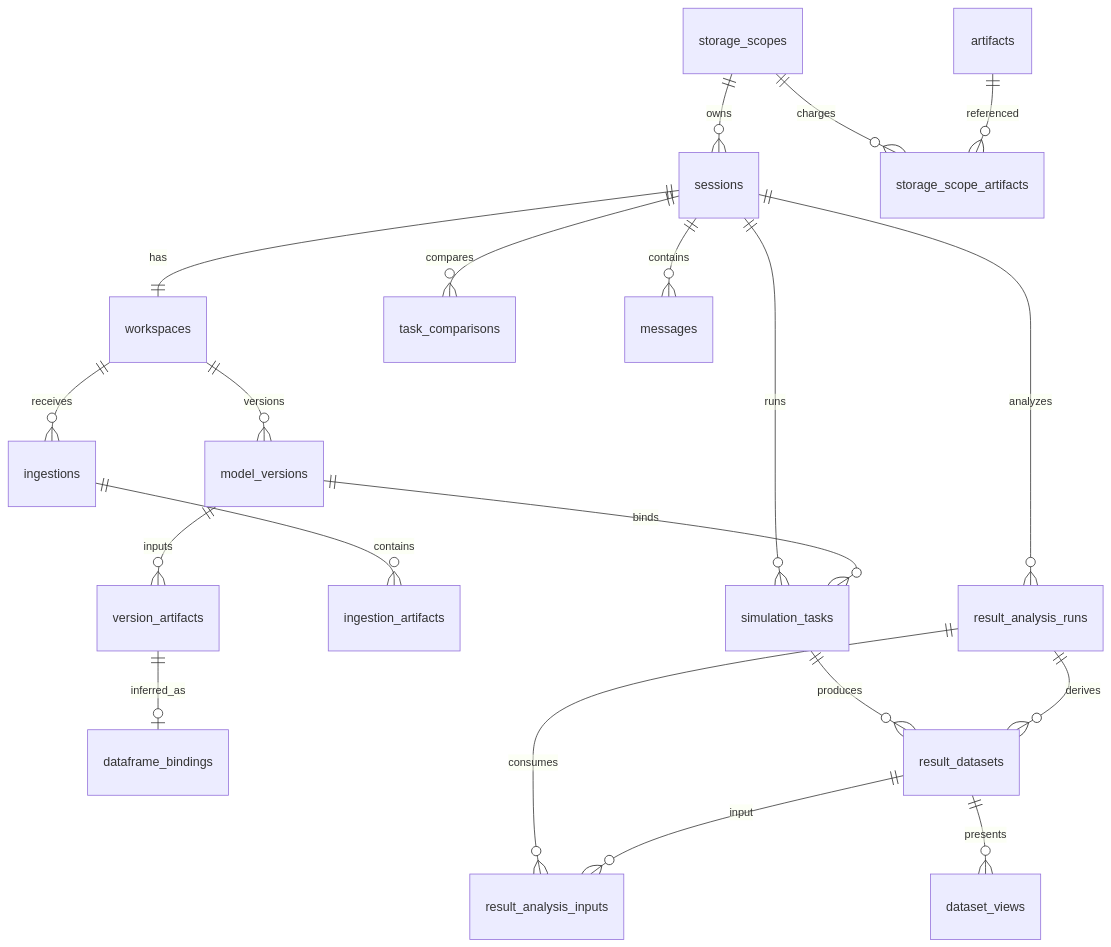
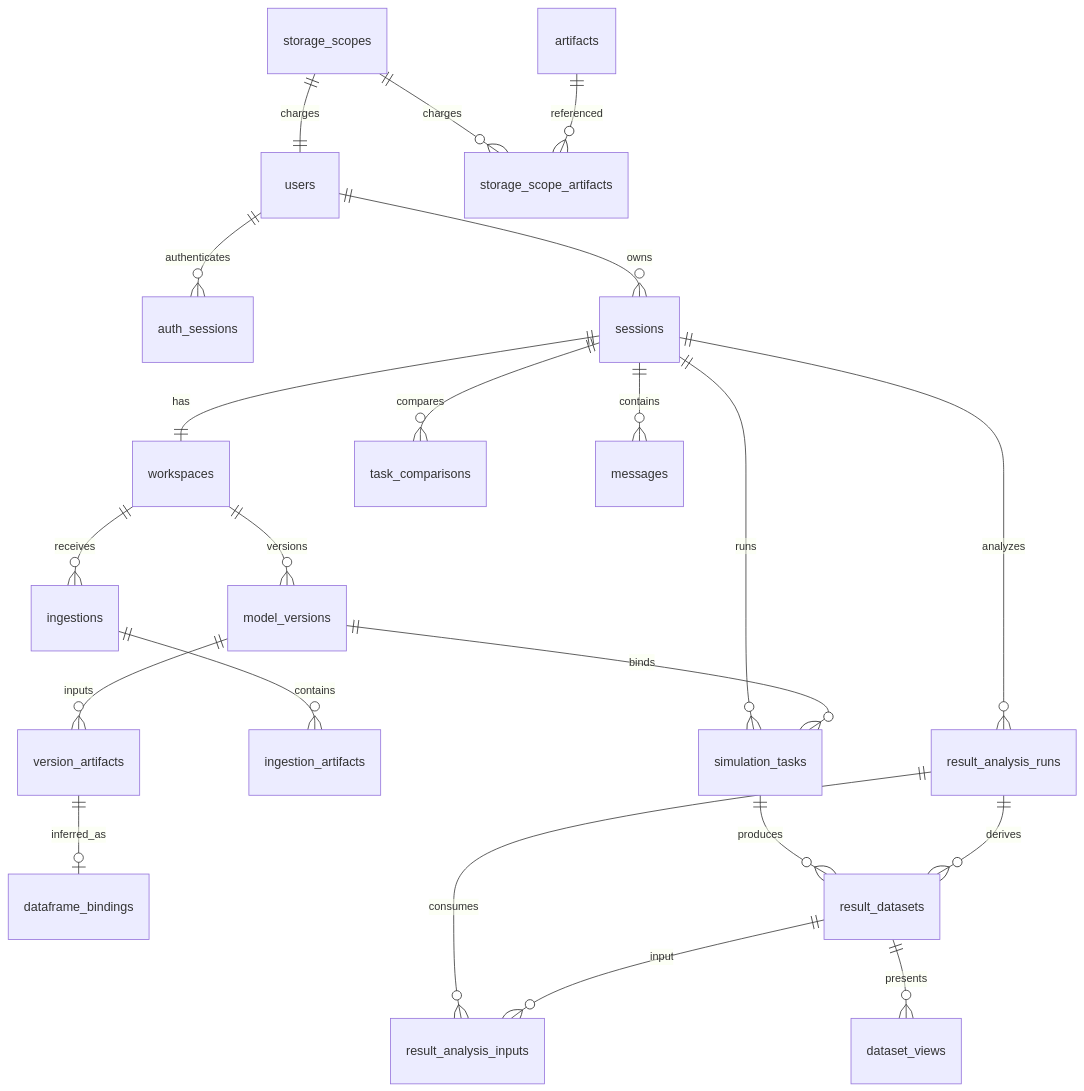
The diagram in docs/db-design.md (shufengdong/zjudss), drawn with Mermaid before and after one commit. The commit also changed other lines of this file and 17 other files, not shown here.

````diff
--- a/docs/db-design.md
+++ b/docs/db-design.md
@@ -16,22 +16,24 @@
 ```mermaid
 erDiagram
-  storage_scopes ||--o{ sessions : owns
+  users ||--o{ auth_sessions : authenticates
+  users ||--o{ sessions : owns
+  storage_scopes ||--|| users : charges
   storage_scopes ||--o{ storage_scope_artifacts : charges
   artifacts ||--o{ storage_scope_artifacts : referenced
   sessions ||--|| workspaces : has
   workspaces ||--o{ model_versions : versions
   model_versions ||--o{ version_artifacts : inputs
   version_artifacts ||--o| dataframe_bindings : inferred_as
   workspaces ||--o{ ingestions : receives
   ingestions ||--o{ ingestion_artifacts : contains
   sessions ||--o{ simulation_tasks : runs
   model_versions ||--o{ simulation_tasks : binds
   simulation_tasks ||--o{ result_datasets : produces
   sessions ||--o{ result_analysis_runs : analyzes
   result_analysis_runs ||--o{ result_analysis_inputs : consumes
   result_datasets ||--o{ result_analysis_inputs : input
   result_analysis_runs ||--o{ result_datasets : derives
   result_datasets ||--o{ dataset_views : presents
   sessions ||--o{ task_comparisons : compares
   sessions ||--o{ messages : contains
 ```
````
